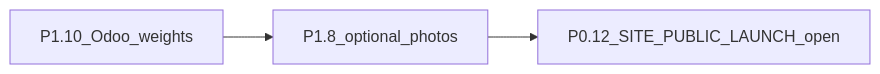
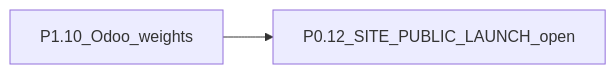
One commit to Tiago-Domingues/jhonny_ai changed the diagram in docs/website-launch-status.md. Above: the diagram before and after it, drawn with Mermaid. The commit also changed other lines of this file and 54 other files, not shown here.

````diff
--- a/docs/website-launch-status.md
+++ b/docs/website-launch-status.md
@@ -192,7 +190,6 @@
 ```mermaid
 flowchart LR
   weights[P1.10_Odoo_weights]
-  photos[P1.8_optional_photos]
   open[P0.12_SITE_PUBLIC_LAUNCH_open]
-  weights --> photos --> open
+  weights --> open
 ```
````
